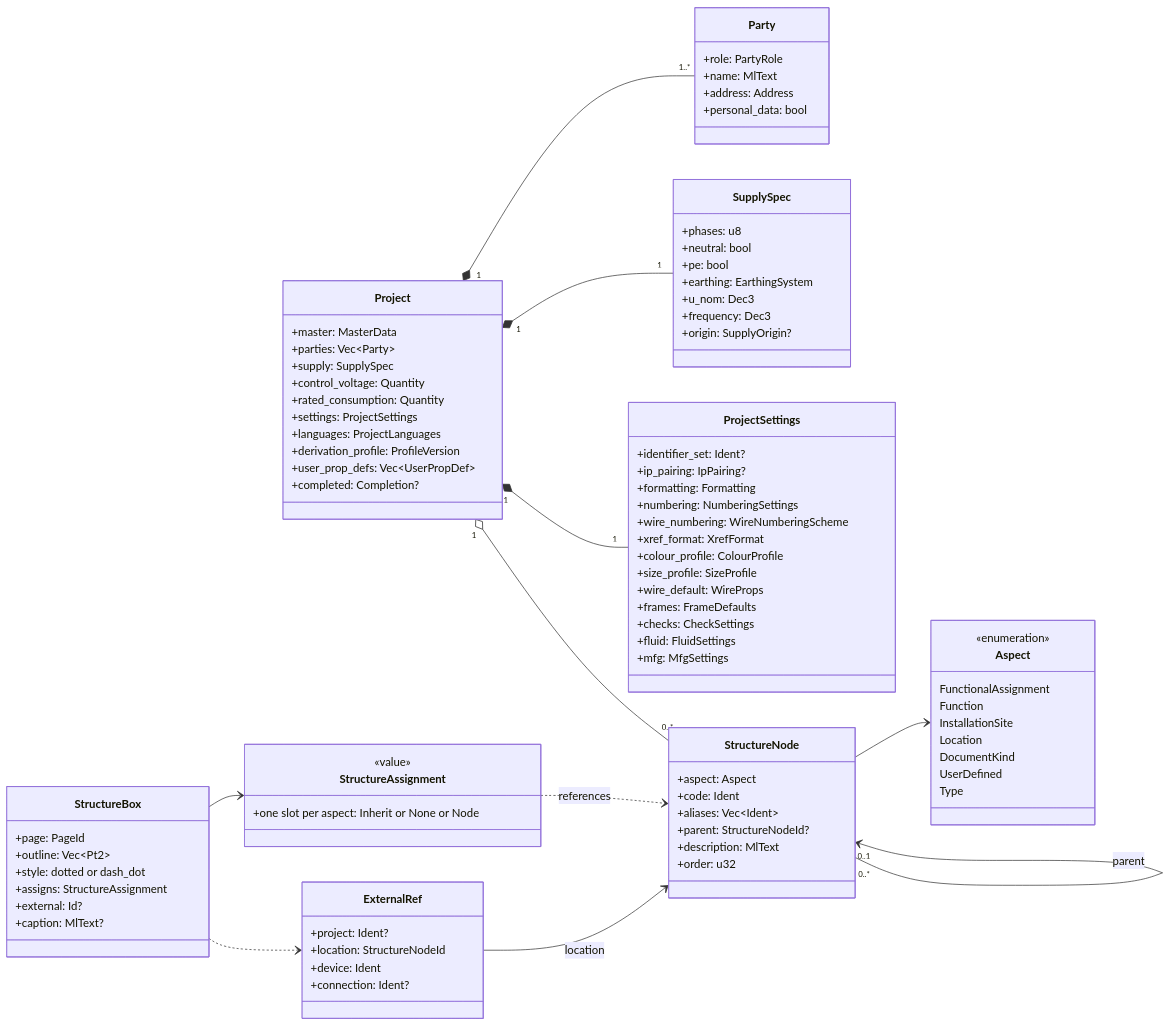
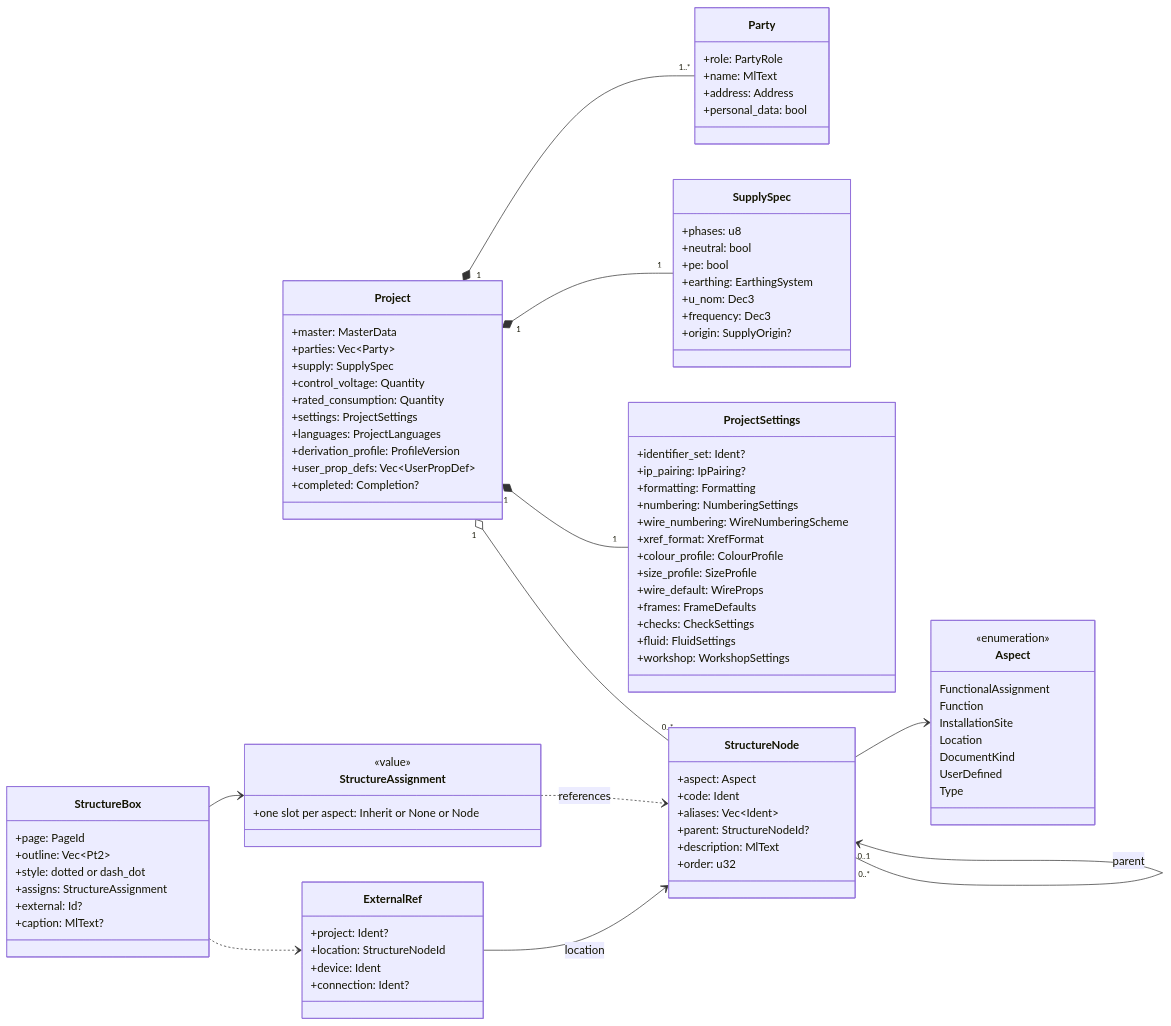
The first of 2 diagrams in docs/design/03-project-pages.md (Ironkode787/ElektraWatt), drawn with Mermaid before and after one commit. The commit also changed other lines of this file and 13 other files, not shown here.

```diff
--- a/docs/design/03-project-pages.md
+++ b/docs/design/03-project-pages.md
@@ -49,7 +49,7 @@
     +frames: FrameDefaults
     +checks: CheckSettings
     +fluid: FluidSettings
-    +mfg: MfgSettings
+    +workshop: WorkshopSettings
   }
   class StructureNode {
     +aspect: Aspect
```
